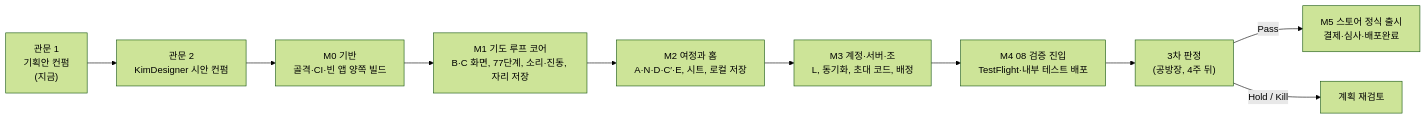
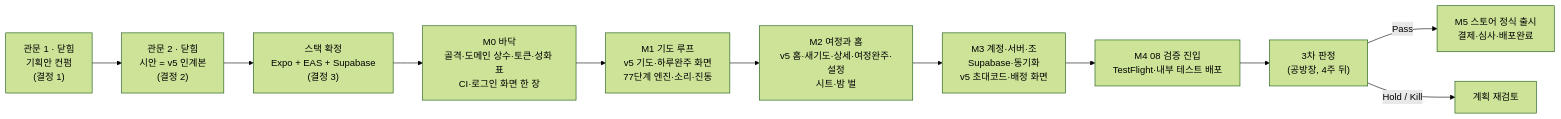
The diagram in docs/plan/development-plan.md (GeonwooKim-fitogether/My-Rosary-App), drawn with Mermaid (forest theme) before and after one commit. The commit also changed other lines of this file and 3 other files, not shown here.

````diff
--- a/docs/plan/development-plan.md
+++ b/docs/plan/development-plan.md
@@ -115,12 +127,13 @@
 ```mermaid
 flowchart LR
-    G1["관문 1<br/>기획안 컨펌<br/>(지금)"] --> G2["관문 2<br/>KimDesigner 시안 컨펌"]
-    G2 --> M0["M0 기반<br/>골격·CI·빈 앱 양쪽 빌드"]
-    M0 --> M1["M1 기도 루프 코어<br/>B·C 화면, 77단계, 소리·진동, 자리 저장"]
-    M1 --> M2["M2 여정과 홈<br/>A·N·D·C′·E, 시트, 로컬 저장"]
-    M2 --> M3["M3 계정·서버·조<br/>L, 동기화, 초대 코드, 배정"]
+    G1["관문 1 · 닫힘<br/>기획안 컨펌<br/>(결정 1)"] --> G2["관문 2 · 닫힘<br/>시안 = v5 인계본<br/>(결정 2)"]
+    G2 --> S["스택 확정<br/>Expo + EAS + Supabase<br/>(결정 3)"]
+    S --> M0["M0 바닥<br/>골격·도메인 상수·토큰·성화 표<br/>CI·로그인 화면 한 장"]
+    M0 --> M1["M1 기도 루프<br/>v5 기도·하루완주 화면<br/>77단계 엔진·소리·진동"]
+    M1 --> M2["M2 여정과 홈<br/>v5 홈·새기도·상세·여정완주·설정<br/>시트·밤 벌"]
+    M2 --> M3["M3 계정·서버·조<br/>Supabase·동기화<br/>v5 초대코드·배정 화면"]
     M3 --> M4["M4 08 검증 진입<br/>TestFlight·내부 테스트 배포"]
     M4 --> J["3차 판정<br/>(공방장, 4주 뒤)"]
     J -->|Pass| M5["M5 스토어 정식 출시<br/>결제·심사·배포완료"]
     J -->|Hold / Kill| X["계획 재검토"]
 ```
````
